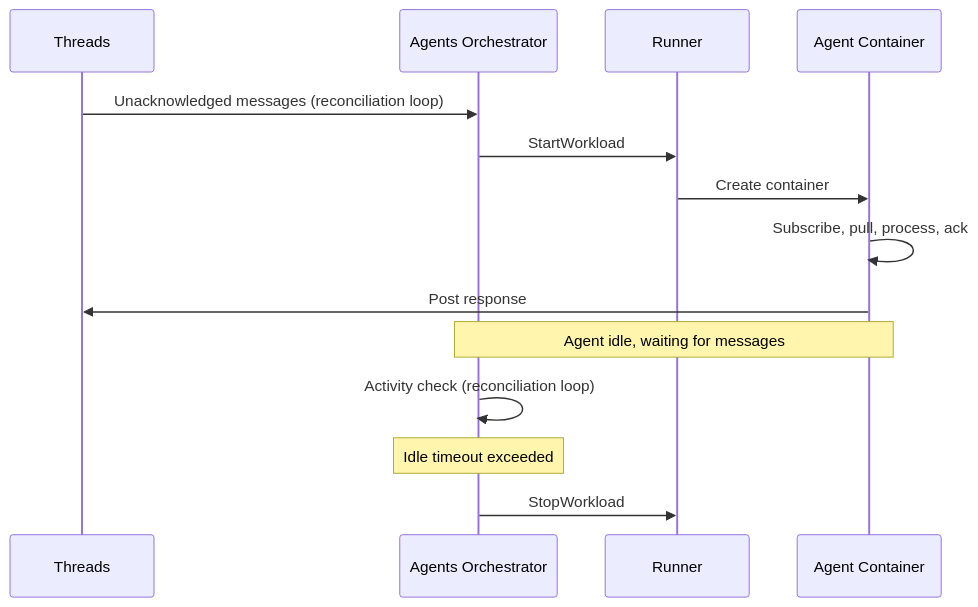
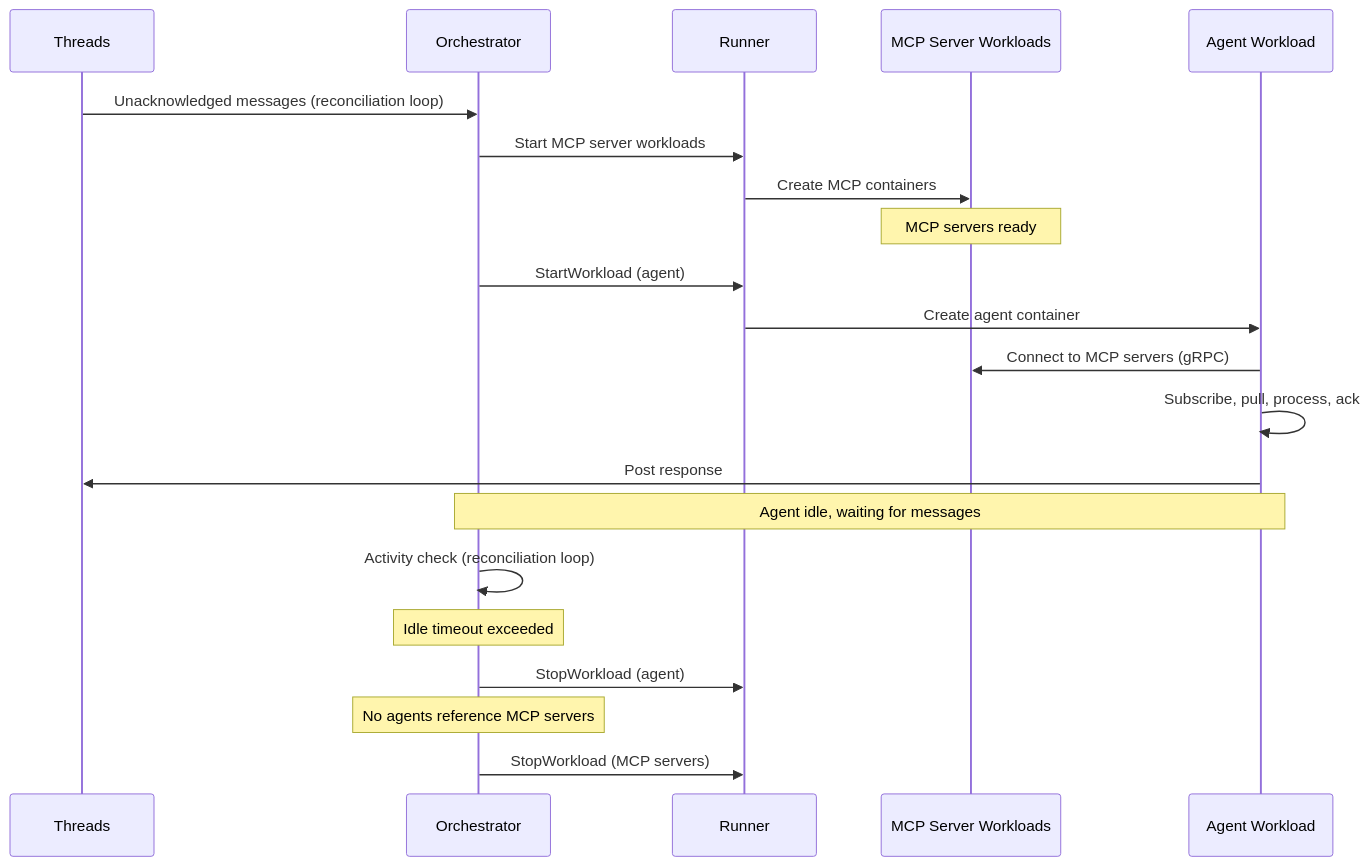
Before and after one commit to agynio/architecture: the fourth of 4 diagrams in architecture/agent/overview.md, drawn with Mermaid. The commit also changed other lines of this file and 12 other files, not shown here.

````diff
--- a/architecture/agent/overview.md
+++ b/architecture/agent/overview.md
@@ -146,18 +154,25 @@
 ```mermaid
 sequenceDiagram
     participant T as Threads
-    participant O as Agents Orchestrator
+    participant O as Orchestrator
     participant R as Runner
-    participant A as Agent Container
+    participant M as MCP Server Workloads
+    participant A as Agent Workload
 
     T->>O: Unacknowledged messages (reconciliation loop)
-    O->>R: StartWorkload
-    R->>A: Create container
+    O->>R: Start MCP server workloads
+    R->>M: Create MCP containers
+    Note over M: MCP servers ready
+    O->>R: StartWorkload (agent)
+    R->>A: Create agent container
+    A->>M: Connect to MCP servers (gRPC)
     A->>A: Subscribe, pull, process, ack
     A->>T: Post response
 
     Note over A,O: Agent idle, waiting for messages
     O->>O: Activity check (reconciliation loop)
     Note over O: Idle timeout exceeded
-    O->>R: StopWorkload
+    O->>R: StopWorkload (agent)
+    Note over O: No agents reference MCP servers
+    O->>R: StopWorkload (MCP servers)
 ```
````
